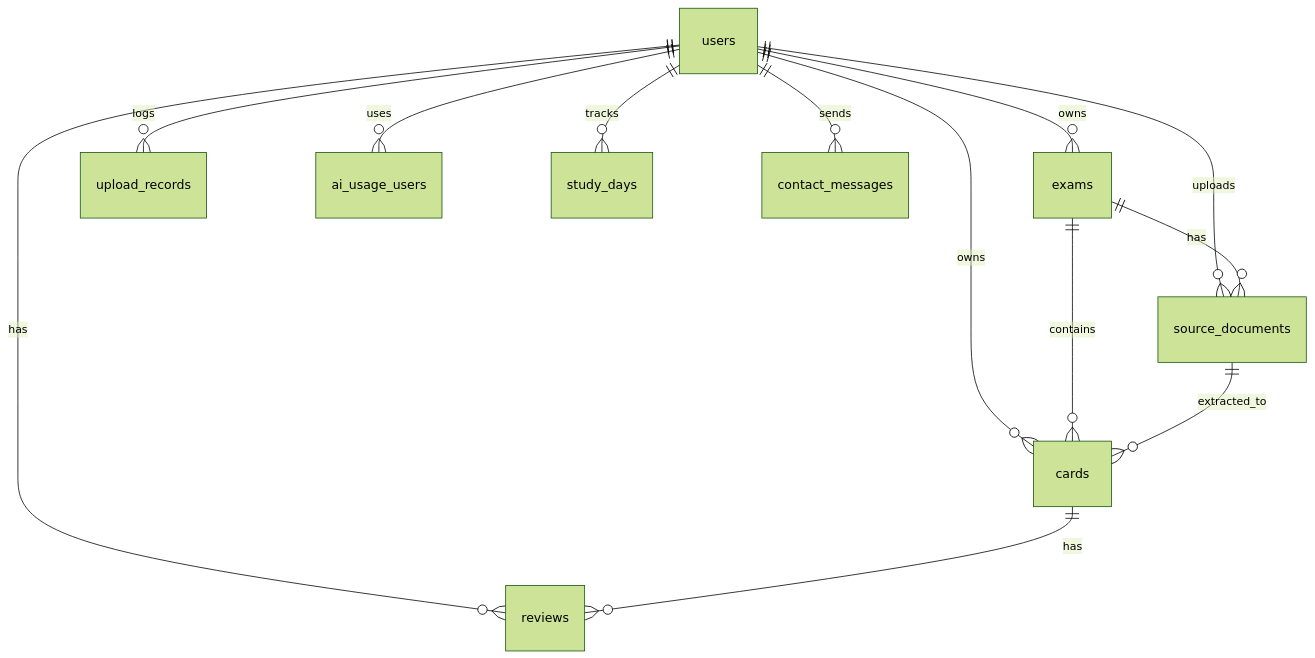
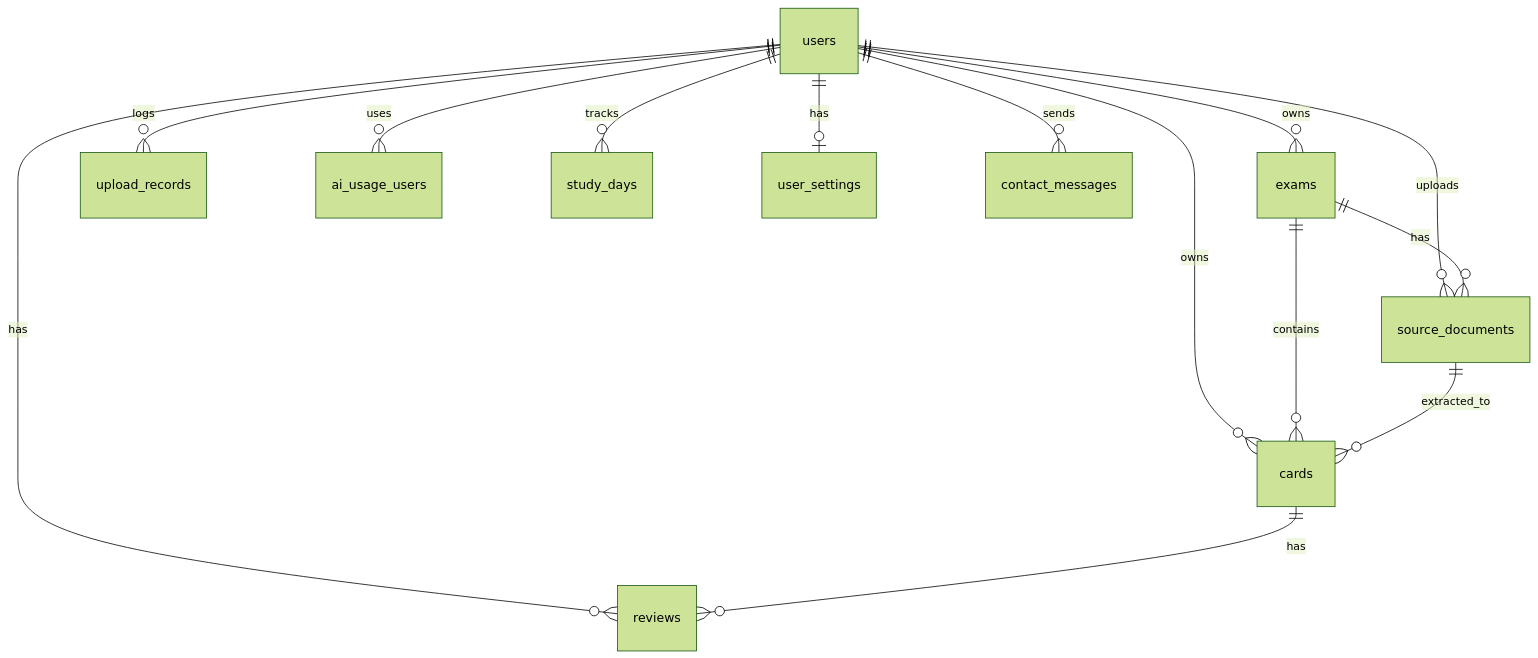
One commit to Kohkiota/RecallMint changed the diagram in docs/02-tech-spec.md. Above: the diagram before and after it, drawn with Mermaid (forest theme). The commit also changed other lines of this file and 1 other file, not shown here.

````diff
--- a/docs/02-tech-spec.md
+++ b/docs/02-tech-spec.md
@@ -641,15 +688,16 @@
 ```mermaid
 erDiagram
   users ||--o{ exams : owns
   users ||--o{ cards : owns
   users ||--o{ reviews : has
   users ||--o{ source_documents : uploads
   users ||--o{ upload_records : logs
   users ||--o{ ai_usage_users : uses
   users ||--o{ study_days : tracks
+  users ||--o| user_settings : has
   users ||--o{ contact_messages : sends
   exams ||--o{ cards : contains
   exams ||--o{ source_documents : has
   cards ||--o{ reviews : has
   source_documents ||--o{ cards : extracted_to
 ```
````
